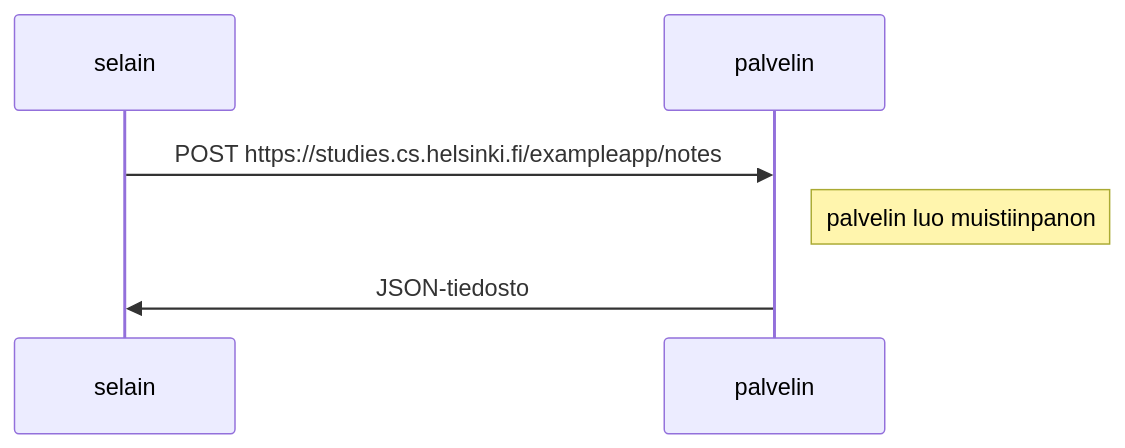
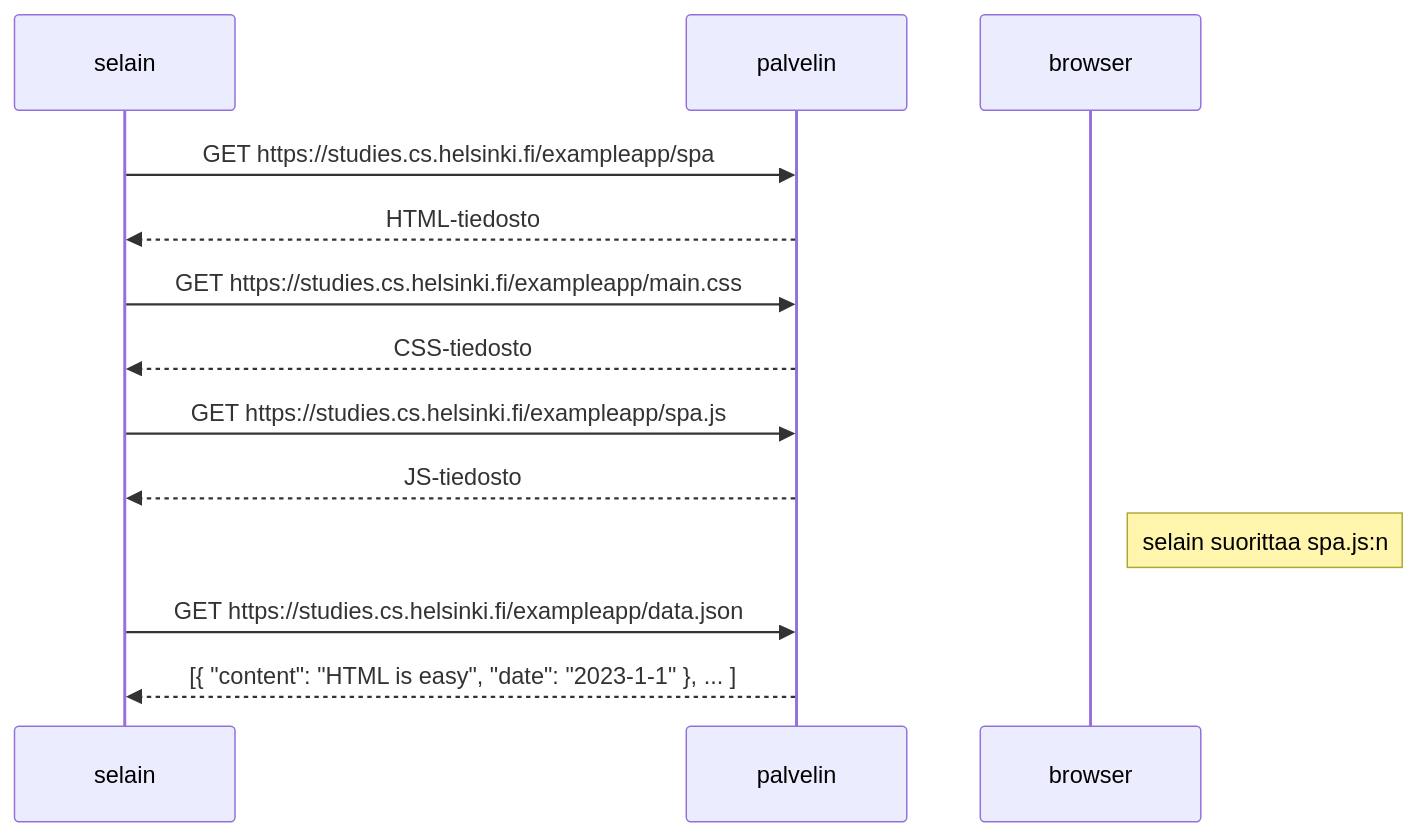
Before and after one commit to ithuleyho/fullstackopen: the diagram in osa0/0.6.md, drawn with Mermaid.

````diff
--- a/osa0/0.6.md
+++ b/osa0/0.6.md
@@ -1,9 +1,19 @@
 ```mermaid
 sequenceDiagram
     participant selain
     participant palvelin
+    
+    selain->>palvelin: GET https://studies.cs.helsinki.fi/exampleapp/spa
+    palvelin-->>selain: HTML-tiedosto
+    
+    selain->>palvelin: GET https://studies.cs.helsinki.fi/exampleapp/main.css
+    palvelin-->>selain: CSS-tiedosto
+    
+    selain->>palvelin: GET https://studies.cs.helsinki.fi/exampleapp/spa.js
+    palvelin-->>selain: JS-tiedosto
+    
+    Note right of browser: selain suorittaa spa.js:n
 
-    selain->>palvelin: POST https://studies.cs.helsinki.fi/exampleapp/notes
-    Note right of palvelin: palvelin luo muistiinpanon
-    palvelin->>selain: JSON-tiedosto
+    selain->>palvelin: GET https://studies.cs.helsinki.fi/exampleapp/data.json
+    palvelin-->>selain: [{ "content": "HTML is easy", "date": "2023-1-1" }, ... ]   
 ```
````
